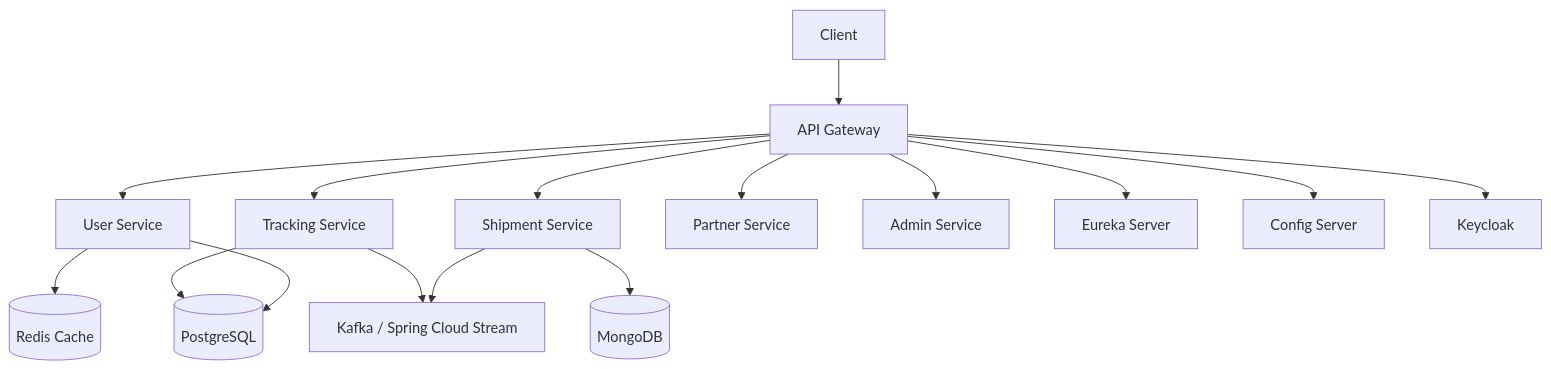
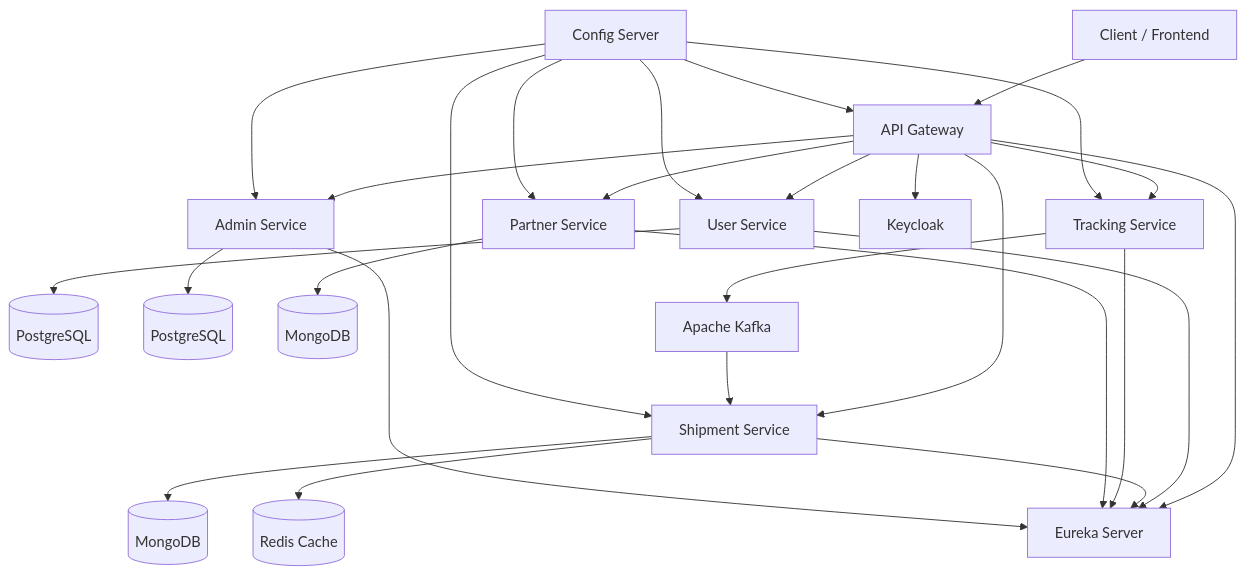
One commit to Omkar-dev474/TrackMate changed the diagram in README.md. Above: the diagram before and after it, drawn with Mermaid.

Commit message:
Update architecture diagram in README.md

````diff
--- a/README.md
+++ b/README.md
@@ -58,23 +58,37 @@
 ```mermaid
 graph TD
-    Client[Client] --> Gateway[API Gateway]
+    Client[Client / Frontend] --> Gateway[API Gateway]
 
     Gateway --> User[User Service]
     Gateway --> Shipment[Shipment Service]
     Gateway --> Tracking[Tracking Service]
     Gateway --> Partner[Partner Service]
     Gateway --> Admin[Admin Service]
 
-    Shipment --> Kafka[Kafka / Spring Cloud Stream]
-    Tracking --> Kafka
+    Gateway --> Keycloak[Keycloak]
 
-    User --> Postgres[(PostgreSQL)]
-    Tracking --> Postgres
-    Shipment --> Mongo[(MongoDB)]
+    User --> UserDB[(PostgreSQL)]
+    Admin --> AdminDB[(PostgreSQL)]
 
-    User --> Redis[(Redis Cache)]
+    Shipment --> ShipmentDB[(MongoDB)]
+    Partner --> PartnerDB[(MongoDB)]
+
+    Shipment --> Redis[(Redis Cache)]
+
+    Tracking --> Kafka[Apache Kafka]
+    Kafka --> Shipment
+
+    Config[Config Server] --> Gateway
+    Config --> User
+    Config --> Shipment
+    Config --> Tracking
+    Config --> Partner
+    Config --> Admin
 
     Gateway --> Eureka[Eureka Server]
-    Gateway --> Config[Config Server]
-    Gateway --> Keycloak[Keycloak]
+    User --> Eureka
+    Shipment --> Eureka
+    Tracking --> Eureka
+    Partner --> Eureka
+    Admin --> Eureka
 ```
````
